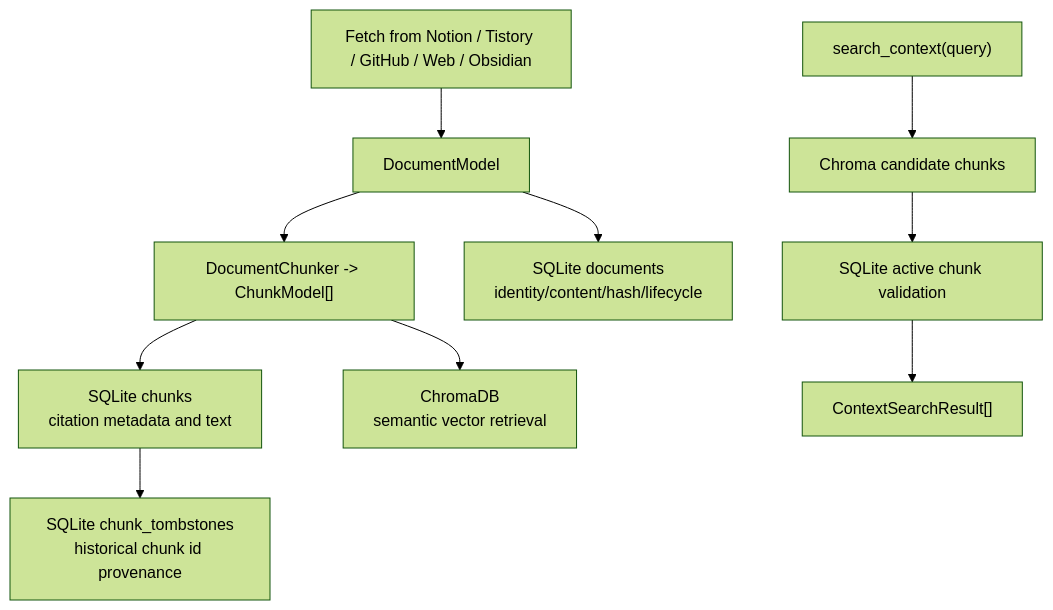
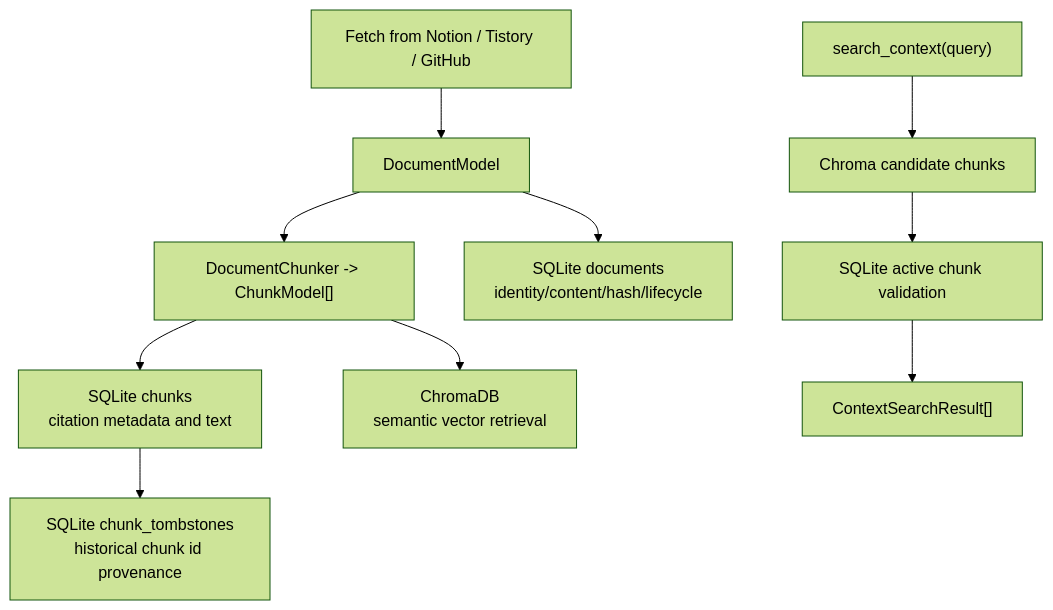
One commit to eunhwa99/MCPContentSearch changed the second of 2 diagrams in docs/contextwiki-core-understanding.md. Above: the diagram before and after it, drawn with Mermaid (forest theme). The commit also changed other lines of this file and 90 other files, not shown here.

````diff
--- a/docs/contextwiki-core-understanding.md
+++ b/docs/contextwiki-core-understanding.md
@@ -225,21 +186,21 @@
 ```mermaid
 flowchart TD
-    A["Fetch from Notion / Tistory / GitHub / Web / Obsidian"]
+    A["Fetch from Notion / Tistory / GitHub"]
     B["DocumentModel"]
     C["DocumentChunker -> ChunkModel[]"]
     D["SQLite documents<br/>identity/content/hash/lifecycle"]
     E["SQLite chunks<br/>citation metadata and text"]
     T["SQLite chunk_tombstones<br/>historical chunk id provenance"]
     F["ChromaDB<br/>semantic vector retrieval"]
     G["search_context(query)"]
     H["Chroma candidate chunks"]
     I["SQLite active chunk validation"]
     J["ContextSearchResult[]"]
 
     A --> B --> C
     B --> D
     C --> E
     C --> F
     E --> T
     G --> H --> I --> J
 ```
````
